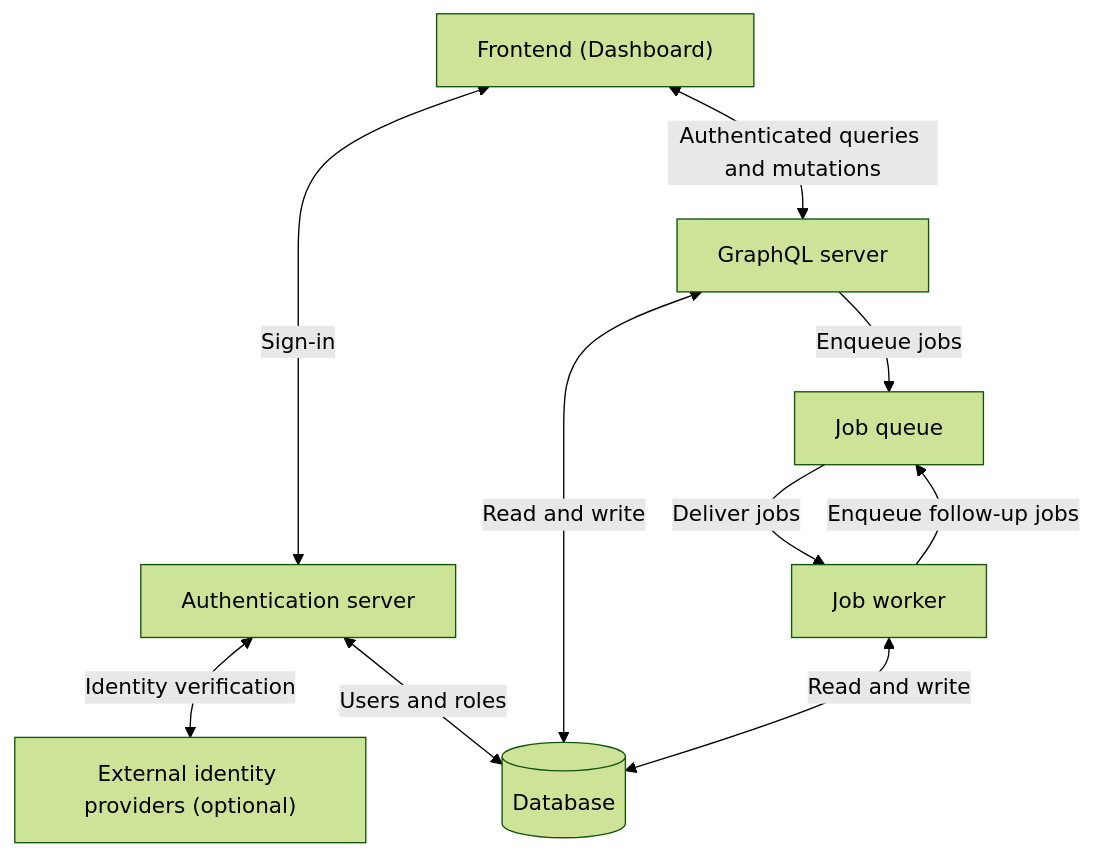
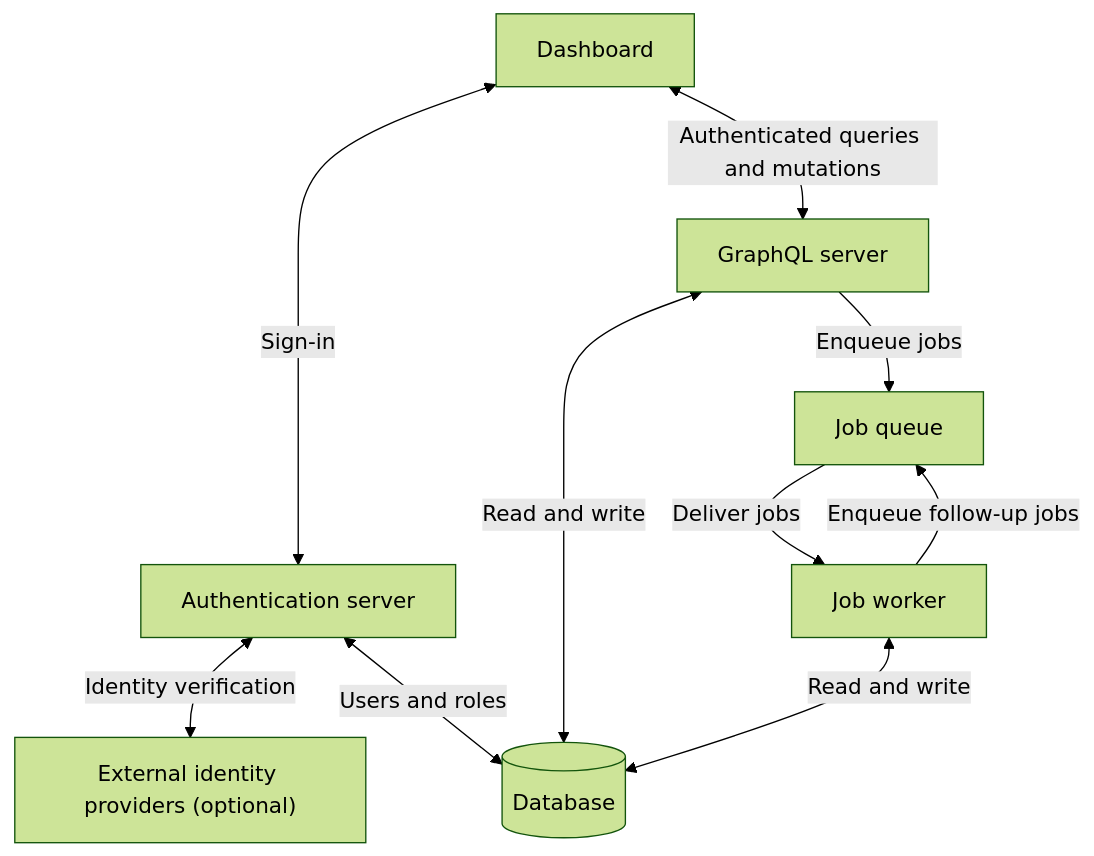
One commit to processfocus/processfocus changed the diagram in apps/www/src/content/docs/docs/concepts/runtime.mdx. Above: the diagram before and after it, drawn with Mermaid (forest theme). The commit also changed other lines of this file and 156 other files, not shown here.

````diff
--- a/apps/www/src/content/docs/docs/concepts/runtime.mdx
+++ b/apps/www/src/content/docs/docs/concepts/runtime.mdx
@@ -19,20 +21,20 @@
 ```mermaid
 flowchart TB
-    frontend["Frontend (Dashboard)"]
+    dashboard["Dashboard"]
     auth["Authentication server"]
     graphql["GraphQL server"]
     worker["Job worker"]
     database[("Database")]
     queue["Job queue"]
     identity["External identity providers (optional)"]
 
-    frontend <-->|Sign-in| auth
-    frontend <-->|Authenticated queries and mutations| graphql
+    dashboard <-->|Sign-in| auth
+    dashboard <-->|Authenticated queries and mutations| graphql
     auth <-->|Identity verification| identity
     auth <-->|Users and roles| database
     graphql <-->|Read and write| database
     graphql -->|Enqueue jobs| queue
     queue -->|Deliver jobs| worker
     worker <-->|Read and write| database
     worker -->|Enqueue follow-up jobs| queue
 ```
````
